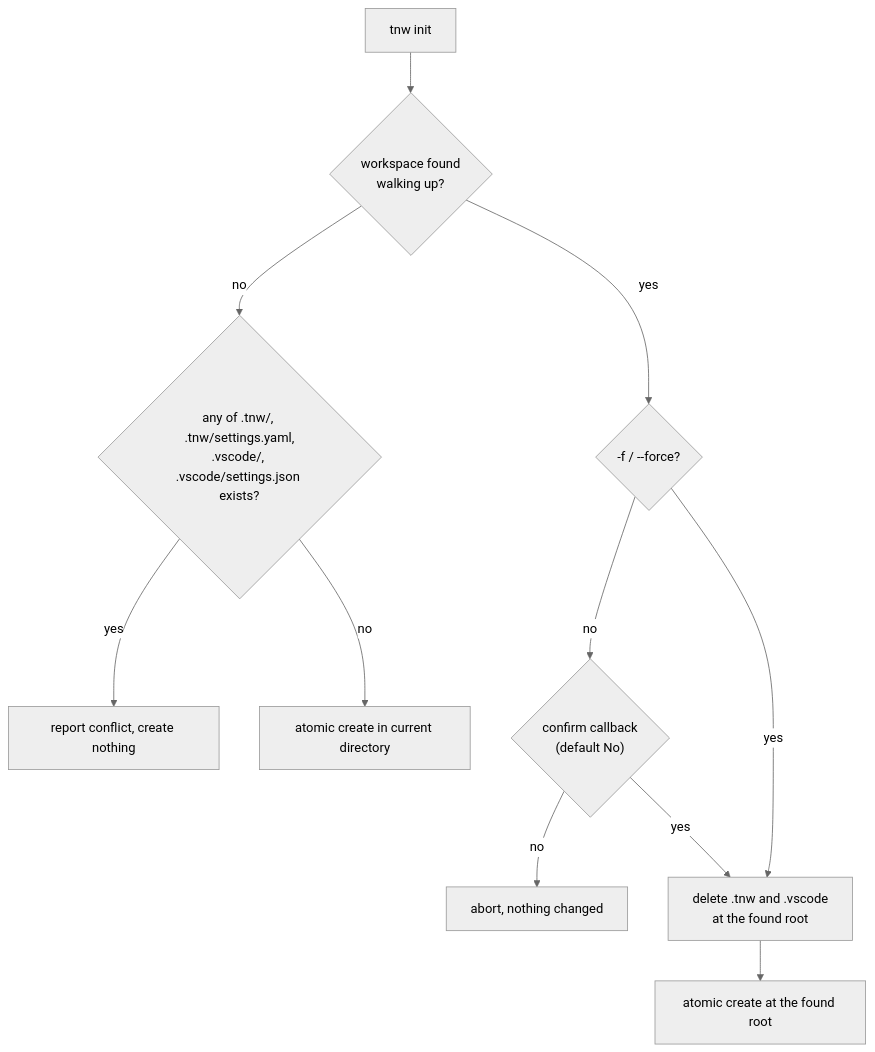
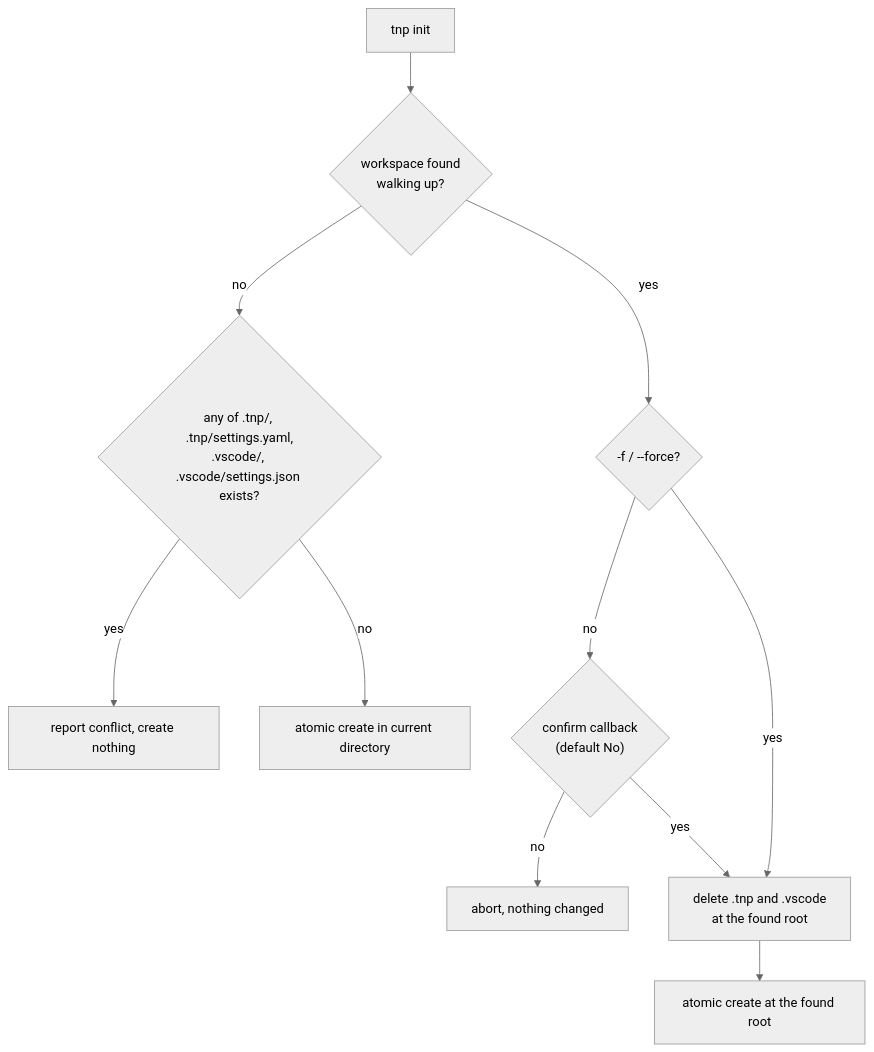
The third of 10 diagrams in docs/design.md (dgerod/tnp), drawn with Mermaid (neutral theme) before and after one commit. The commit also changed other lines of this file and 116 other files, not shown here.

First line of the commit message:
refactor!: rename 'tnw' to 'tnp'

````diff
--- a/docs/design.md
+++ b/docs/design.md
@@ -248,13 +248,13 @@
 ```mermaid
 flowchart TD
-    S["tnw init"] --> W{"workspace found<br/>walking up?"}
-    W -- no --> X{"any of .tnw/, .tnw/settings.yaml,<br/>.vscode/, .vscode/settings.json exists?"}
+    S["tnp init"] --> W{"workspace found<br/>walking up?"}
+    W -- no --> X{"any of .tnp/, .tnp/settings.yaml,<br/>.vscode/, .vscode/settings.json exists?"}
     X -- yes --> C["report conflict, create nothing"]
     X -- no --> A["atomic create in current directory"]
     W -- yes --> F{"-f / --force?"}
     F -- no --> Q{"confirm callback<br/>(default No)"}
     Q -- no --> N["abort, nothing changed"]
     Q -- yes --> D
-    F -- yes --> D["delete .tnw and .vscode<br/>at the found root"]
+    F -- yes --> D["delete .tnp and .vscode<br/>at the found root"]
     D --> A2["atomic create at the found root"]
 ```
````
